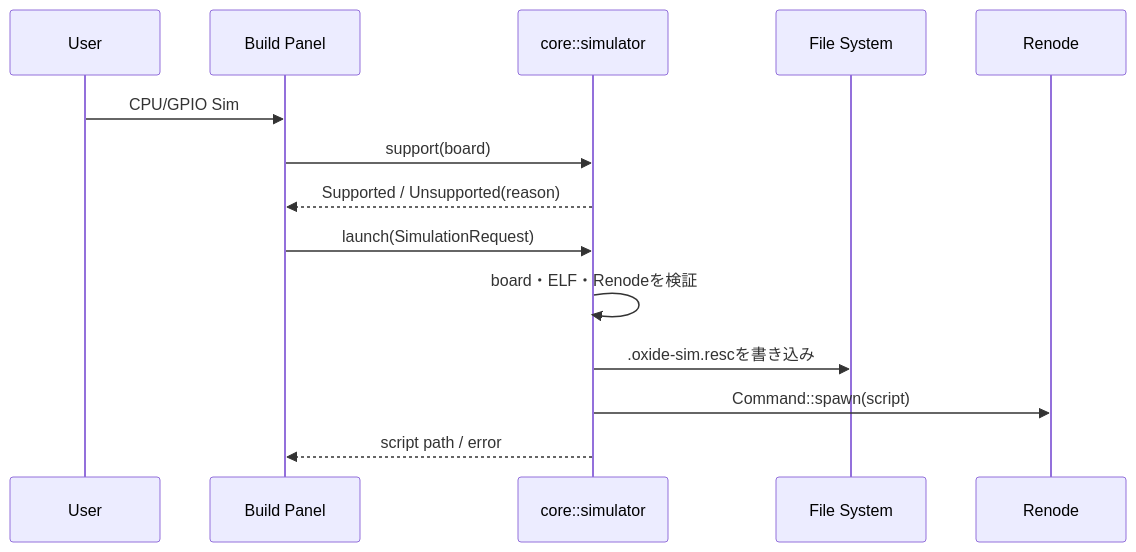
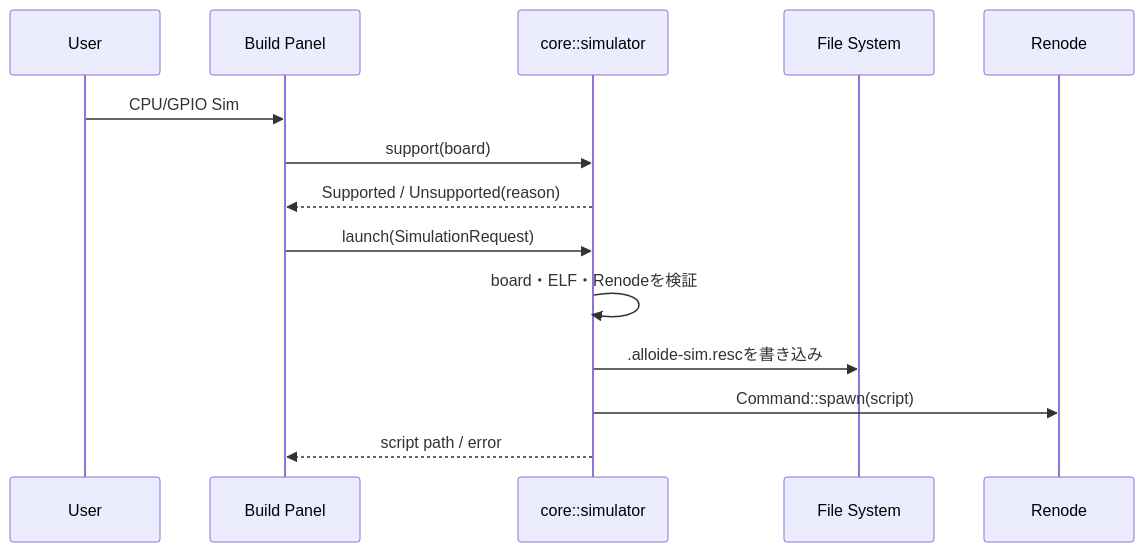
The third of 3 diagrams in docs/virtual_mcu_architecture.md (kastr0419/OxIDE), drawn with Mermaid before and after one commit. The commit also changed other lines of this file and 82 other files, not shown here.

````diff
--- a/docs/virtual_mcu_architecture.md
+++ b/docs/virtual_mcu_architecture.md
@@ -119,17 +119,17 @@
 ```mermaid
 sequenceDiagram
     participant U as User
     participant UI as Build Panel
     participant S as core::simulator
     participant FS as File System
     participant R as Renode
 
     U->>UI: CPU/GPIO Sim
     UI->>S: support(board)
     S-->>UI: Supported / Unsupported(reason)
     UI->>S: launch(SimulationRequest)
     S->>S: board・ELF・Renodeを検証
-    S->>FS: .oxide-sim.rescを書き込み
+    S->>FS: .alloide-sim.rescを書き込み
     S->>R: Command::spawn(script)
     S-->>UI: script path / error
 ```
````
